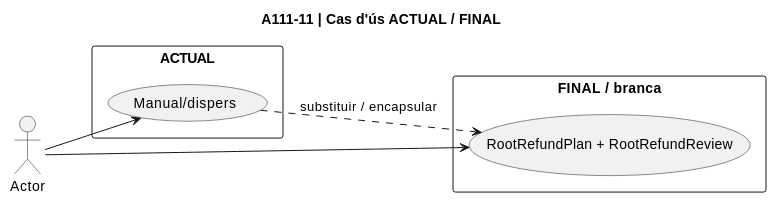
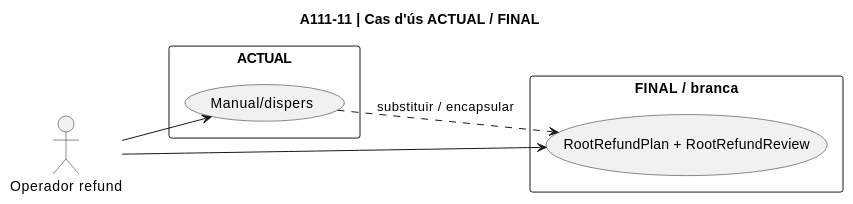
Diagram 41 of 48 in documentacio/07-uml-integrat/uc-111-diagrames-per-accio.md (orgmeriemprismacat-del/verifactu), drawn with PlantUML before and after one commit. The commit also changed other lines of this file, not shown here.

Commit message:
fix docs UC-111: restore explicit actor declarations in all 12 per-action use-case diagrams

````diff
--- a/documentacio/07-uml-integrat/uc-111-diagrames-per-accio.md
+++ b/documentacio/07-uml-integrat/uc-111-diagrames-per-accio.md
@@ -786,15 +796,16 @@
 ```plantuml
 @startuml
 title A111-11 | Cas d'ús ACTUAL / FINAL
 left to right direction
+actor "Operador refund" as Actor
 rectangle "ACTUAL" {
   usecase "Manual/dispers" as Current
 }
 rectangle "FINAL / branca" {
   usecase "RootRefundPlan + RootRefundReview" as Target
 }
 Actor --> Current
 Actor --> Target
 Current ..> Target : substituir / encapsular
 @enduml
 ```
````
